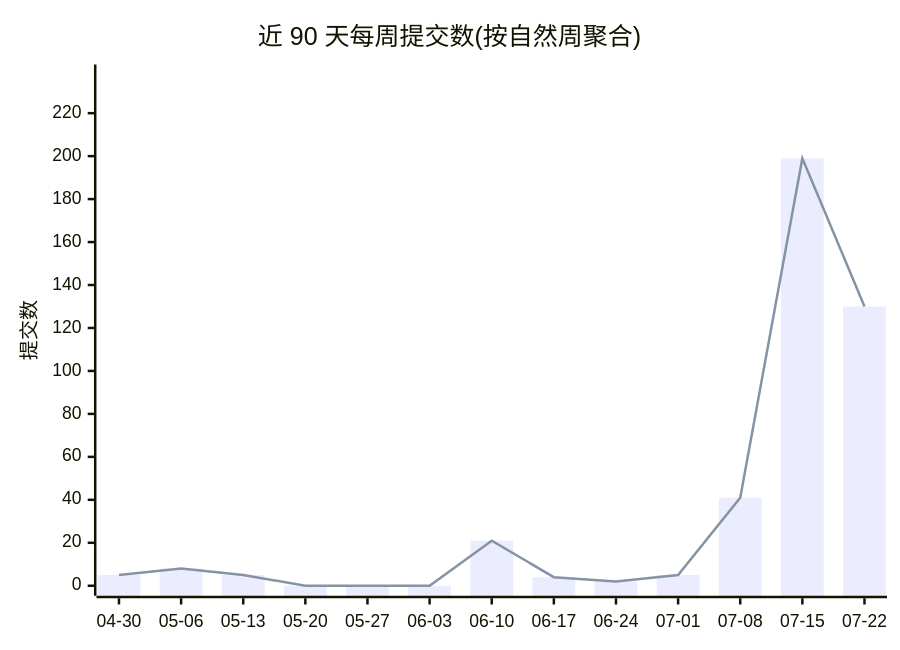
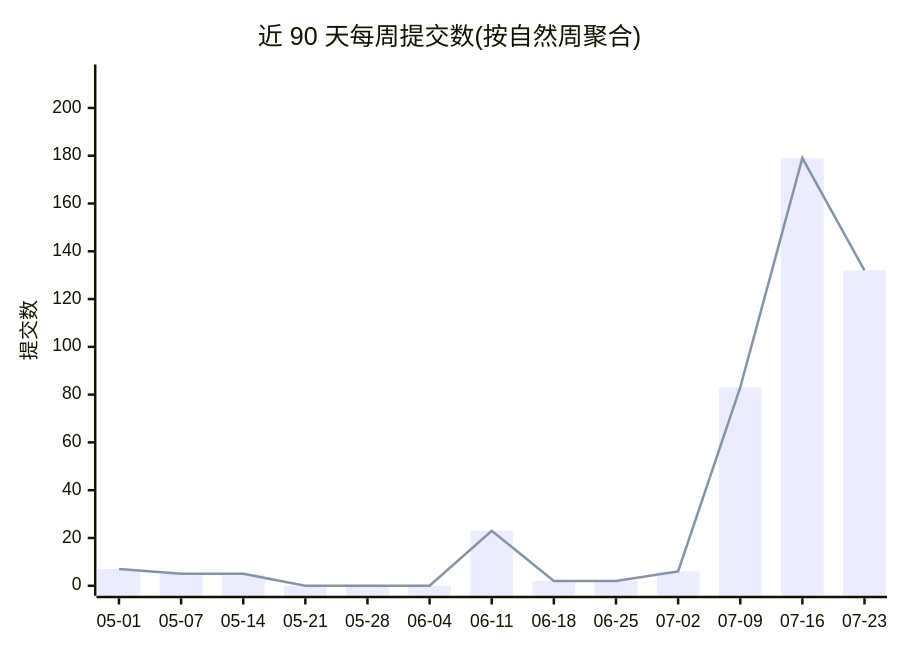
One commit to Conflux-Union/.github changed the first of 2 diagrams in profile/README.md. Above: the diagram before and after it, drawn with Mermaid. The commit also changed other lines of this file and 1 other file, not shown here.

````diff
--- a/profile/README.md
+++ b/profile/README.md
@@ -44,8 +44,8 @@
 ```mermaid
 xychart-beta
     title "近 90 天每周提交数(按自然周聚合)"
-    x-axis ["04-30", "05-06", "05-13", "05-20", "05-27", "06-03", "06-10", "06-17", "06-24", "07-01", "07-08", "07-15", "07-22"]
-    y-axis "提交数" 0 --> 238
-    bar [5, 8, 5, 0, 0, 0, 21, 4, 2, 5, 41, 199, 130]
-    line [5, 8, 5, 0, 0, 0, 21, 4, 2, 5, 41, 199, 130]
+    x-axis ["05-01", "05-07", "05-14", "05-21", "05-28", "06-04", "06-11", "06-18", "06-25", "07-02", "07-09", "07-16", "07-23"]
+    y-axis "提交数" 0 --> 214
+    bar [7, 5, 5, 0, 0, 0, 23, 2, 2, 6, 83, 179, 132]
+    line [7, 5, 5, 0, 0, 0, 23, 2, 2, 6, 83, 179, 132]
 ```
````
